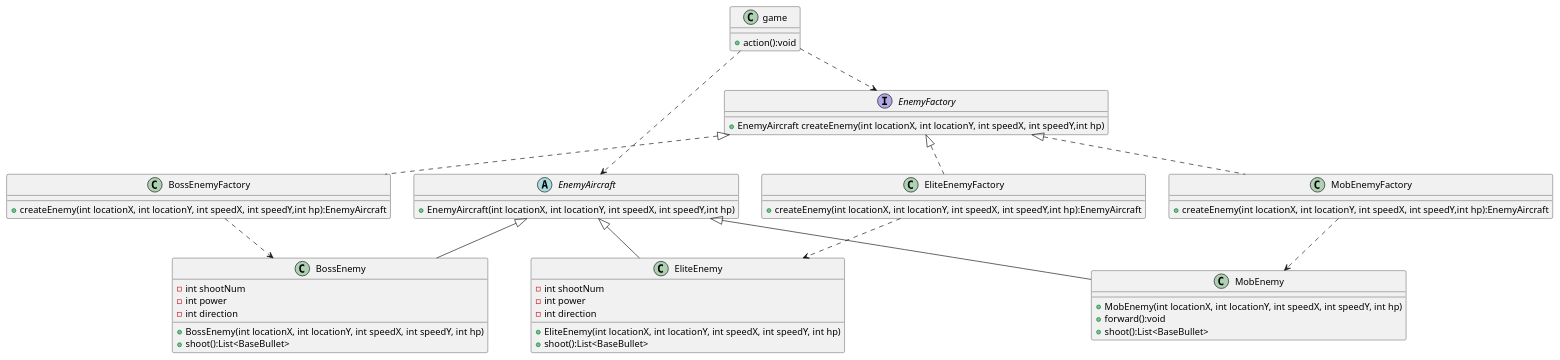
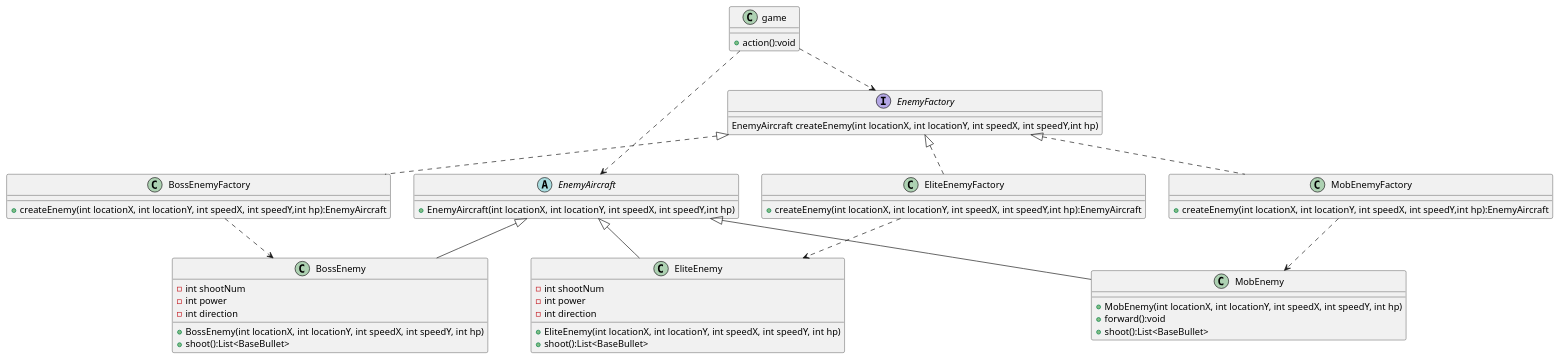
One commit to Lai-JX/java_lab changed the diagram in uml/EnemyFactory.puml. Above: the diagram before and after it, drawn with PlantUML. The commit also changed 10 other files, not shown here.

```diff
--- a/uml/EnemyFactory.puml
+++ b/uml/EnemyFactory.puml
@@ -1,78 +1,78 @@
 @startuml
 'https://plantuml.com/class-diagram
 
 
 class game
 {
     + action():void
 
 }
 
 
 
 abstract class EnemyAircraft
 {
     + EnemyAircraft(int locationX, int locationY, int speedX, int speedY,int hp)
 }
 interface EnemyFactory
 {
-    + EnemyAircraft createEnemy(int locationX, int locationY, int speedX, int speedY,int hp)
+    EnemyAircraft createEnemy(int locationX, int locationY, int speedX, int speedY,int hp)
 }
 class BossEnemyFactory
 {
     + createEnemy(int locationX, int locationY, int speedX, int speedY,int hp):EnemyAircraft
 }
 class EliteEnemyFactory
 {
     + createEnemy(int locationX, int locationY, int speedX, int speedY,int hp):EnemyAircraft
 }
 class MobEnemyFactory
 {
     + createEnemy(int locationX, int locationY, int speedX, int speedY,int hp):EnemyAircraft
 }
 
 
 class BossEnemy {
     - int shootNum
     - int power
     - int direction
     + BossEnemy(int locationX, int locationY, int speedX, int speedY, int hp)
     + shoot():List<BaseBullet>
 }
 
 class EliteEnemy {
     - int shootNum
     - int power
     - int direction
     + EliteEnemy(int locationX, int locationY, int speedX, int speedY, int hp)
     + shoot():List<BaseBullet>
 }
 
 class MobEnemy {
     + MobEnemy(int locationX, int locationY, int speedX, int speedY, int hp)
     + forward():void
     + shoot():List<BaseBullet>
 }
 
 game..>EnemyFactory
 game..>EnemyAircraft
 
 EnemyFactory<|..BossEnemyFactory
 EnemyFactory<|..EliteEnemyFactory
 EnemyFactory<|..MobEnemyFactory
 
 EnemyAircraft<|--BossEnemy
 EnemyAircraft<|--EliteEnemy
 EnemyAircraft<|--MobEnemy
 
 
 
 BossEnemyFactory..>BossEnemy
 EliteEnemyFactory..>EliteEnemy
 MobEnemyFactory..>MobEnemy
 
 
 
 
 
 @enduml
```
